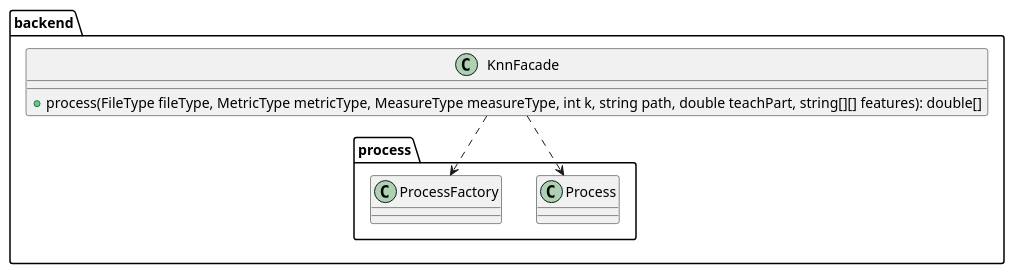
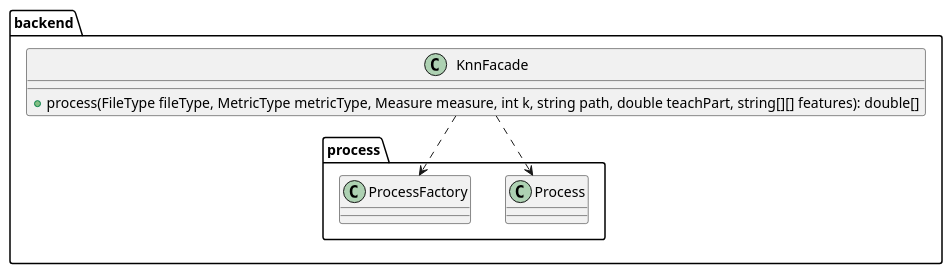
Before and after one commit to kambed/Computer-Recognition-Systems: the tenth of 10 diagrams in README.md, drawn with PlantUML. The commit also changed other lines of this file, not shown here.

Commit message:
Update Metric

````diff
--- a/README.md
+++ b/README.md
@@ -413,14 +410,14 @@
 ```plantuml
 top to bottom direction
 package backend {
     class KnnFacade {
-        + process(FileType fileType, MetricType metricType, MeasureType measureType, int k, string path, double teachPart, string[][] features): double[]
+        + process(FileType fileType, MetricType metricType, Measure measure, int k, string path, double teachPart, string[][] features): double[]
     }
     package process {
         class Process
         class ProcessFactory
     }
     KnnFacade ..> ProcessFactory
     KnnFacade ..> Process
 }
 ```
````
